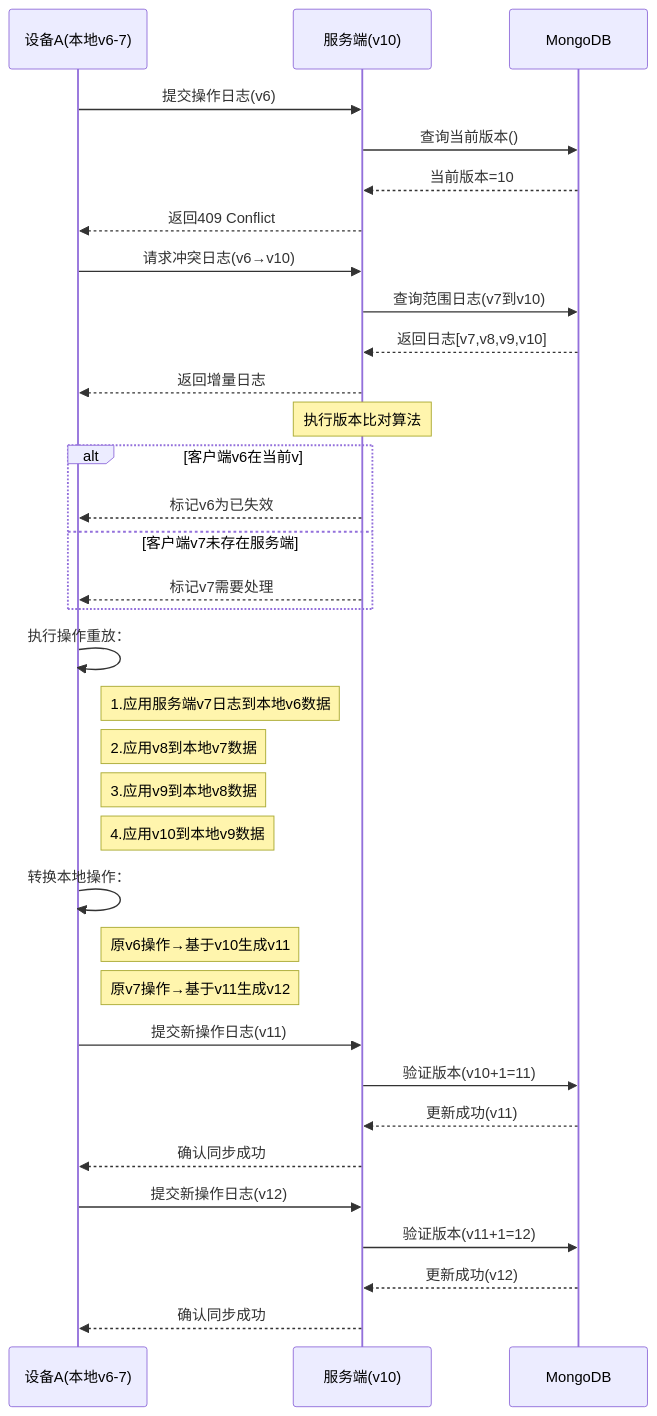
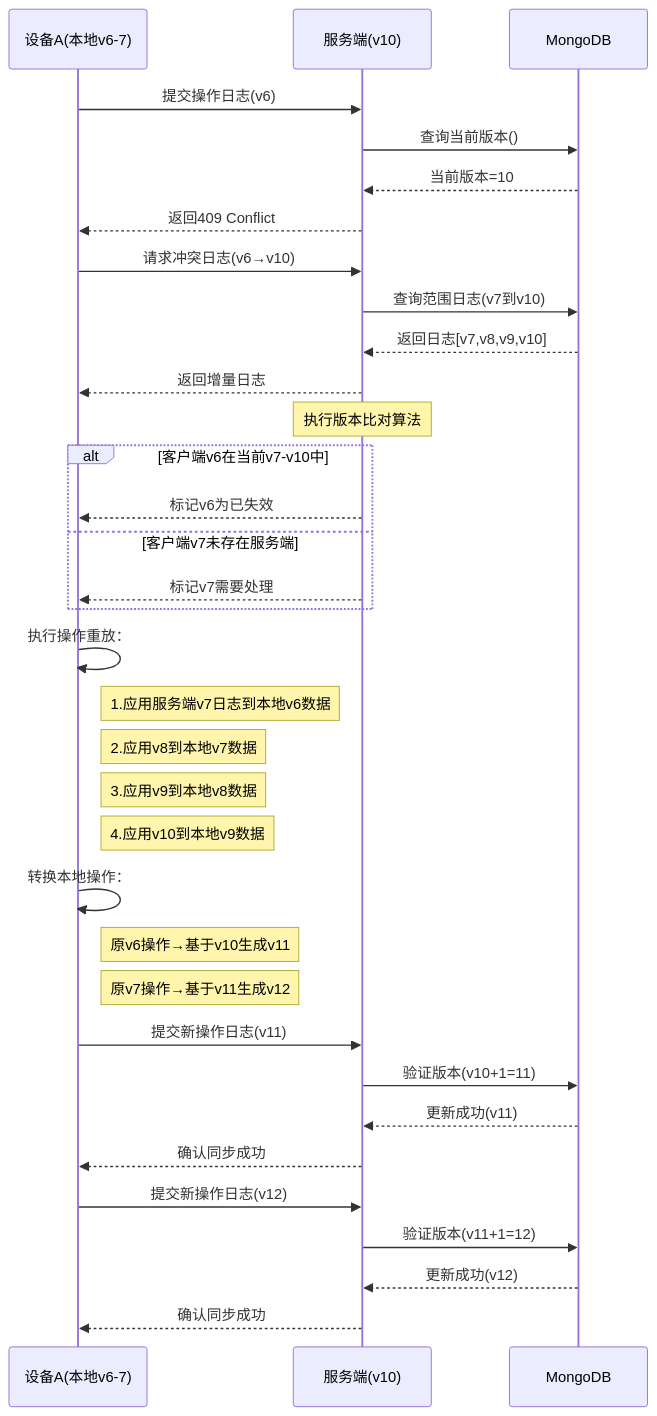
Before and after one commit to yingjianzh/iodraw-files: the diagram in all/未命名-26.md, drawn with Mermaid.

Commit message:
2025-02-26 16:47:10 update

````diff
--- a/all/未命名-26.md
+++ b/all/未命名-26.md
@@ -1,49 +1,49 @@
 ```mermaid
 sequenceDiagram
     participant A as 设备A(本地v6-7)
     participant S as 服务端(v10)
     participant DB as MongoDB
 
     %% 初始同步尝试
     A->>S: 提交操作日志(v6)
     S->>DB: 查询当前版本()
     DB-->>S: 当前版本=10
     S-->>A: 返回409 Conflict
 
     %% 冲突解决阶段
     A->>S: 请求冲突日志(v6→v10)
     S->>DB: 查询范围日志(v7到v10)
     DB-->>S: 返回日志[v7,v8,v9,v10]
     S-->>A: 返回增量日志
 
 
     Note over S: 执行版本比对算法
-    alt 客户端v6在当前v
+    alt 客户端v6在当前v7-v10中
         S-->>A: 标记v6为已失效
     else 客户端v7未存在服务端
         S-->>A: 标记v7需要处理
     end
 
     %% 本地数据重建
     A->>A: 执行操作重放：
     note right of A: 1.应用服务端v7日志到本地v6数据
     note right of A: 2.应用v8到本地v7数据
     note right of A: 3.应用v9到本地v8数据
     note right of A: 4.应用v10到本地v9数据
 
     %% 本地操作转换
     A->>A: 转换本地操作：
     note right of A: 原v6操作→基于v10生成v11
     note right of A: 原v7操作→基于v11生成v12
 
     %% 重新提交
     A->>S: 提交新操作日志(v11)
     S->>DB: 验证版本(v10+1=11)
     DB-->>S: 更新成功(v11)
     S-->>A: 确认同步成功
 
     A->>S: 提交新操作日志(v12)
     S->>DB: 验证版本(v11+1=12)
     DB-->>S: 更新成功(v12)
     S-->>A: 确认同步成功
 ```
````
